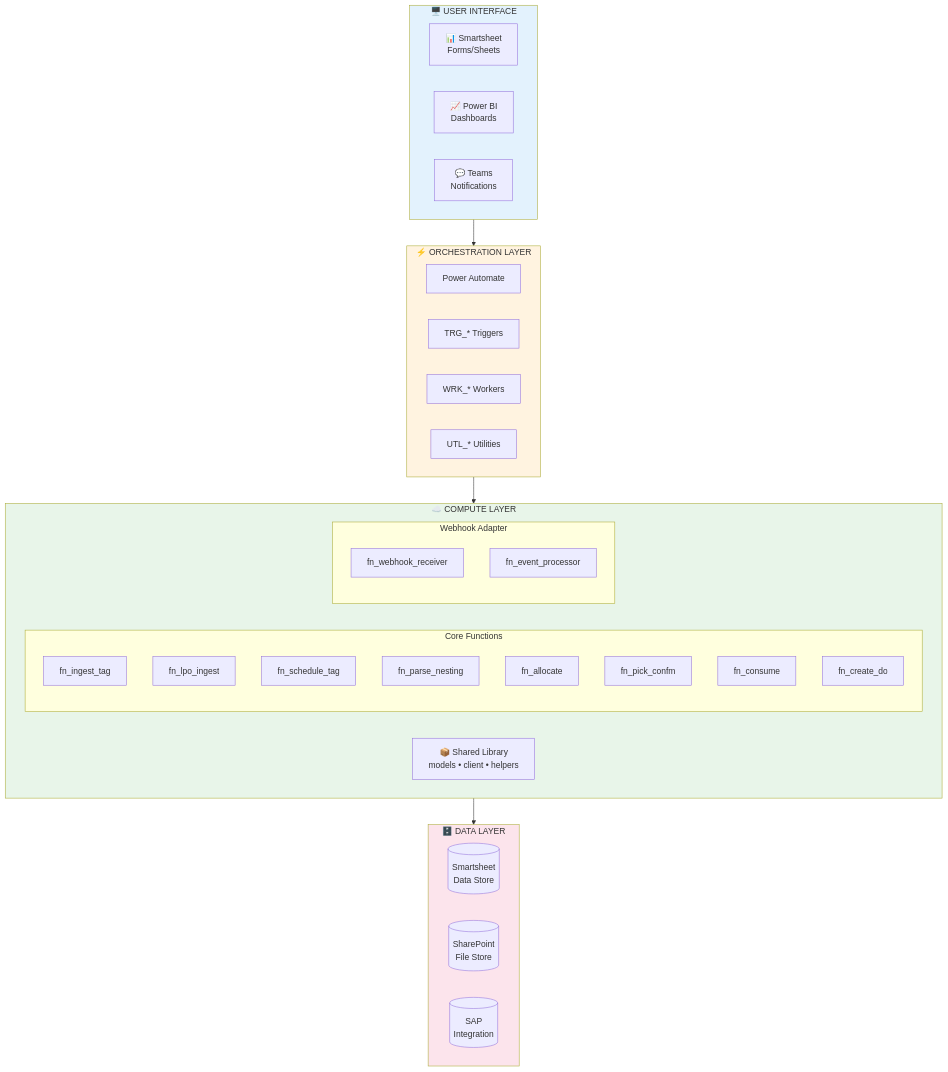
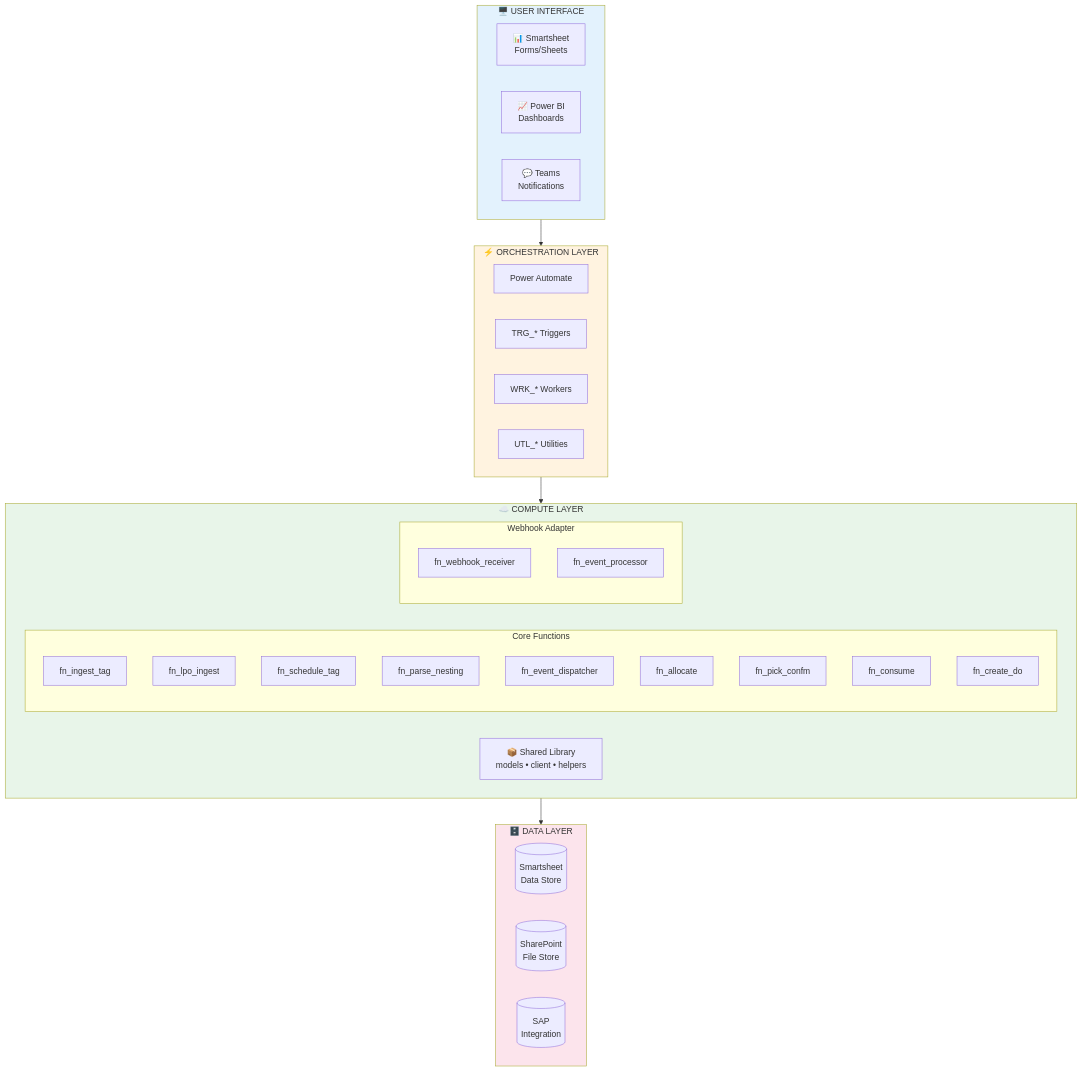
Before and after one commit to ahuraira/smartsheet-manufacturing-ops: the fifth of 12 diagrams in docs/architecture_overview.md, drawn with Mermaid. The commit also changed 42 other files, not shown here.

````diff
--- a/docs/architecture_overview.md
+++ b/docs/architecture_overview.md
@@ -132,48 +132,49 @@
 ```mermaid
 flowchart TB
     subgraph UI["🖥️ USER INTERFACE"]
         SS[📊 Smartsheet<br/>Forms/Sheets]
         PBI[📈 Power BI<br/>Dashboards]
         Teams[💬 Teams<br/>Notifications]
     end
     
     subgraph Orch["⚡ ORCHESTRATION LAYER"]
         PA[Power Automate]
         TRG["TRG_* Triggers"]
         WRK["WRK_* Workers"]
         UTL["UTL_* Utilities"]
     end
     
     subgraph Compute["☁️ COMPUTE LAYER"]
         subgraph Functions["Core Functions"]
             FN1[fn_ingest_tag]
             FN7[fn_lpo_ingest]
             FN8[fn_schedule_tag]
             FN9[fn_parse_nesting]
+            FN10[fn_event_dispatcher]
             FN3[fn_allocate]
             FN4[fn_pick_confm]
             FN5[fn_consume]
             FN6[fn_create_do]
         end
         subgraph Webhooks["Webhook Adapter"]
             WH1[fn_webhook_receiver]
             WH2[fn_event_processor]
         end
         Shared[📦 Shared Library<br/>models • client • helpers]
     end
     
     subgraph Data["🗄️ DATA LAYER"]
         SSData[(Smartsheet<br/>Data Store)]
         SP[(SharePoint<br/>File Store)]
         SAP[(SAP<br/>Integration)]
     end
     
     UI --> Orch
     Orch --> Compute
     Compute --> Data
     
     style UI fill:#E3F2FD
     style Orch fill:#FFF3E0
     style Compute fill:#E8F5E9
     style Data fill:#FCE4EC
 ```
````
